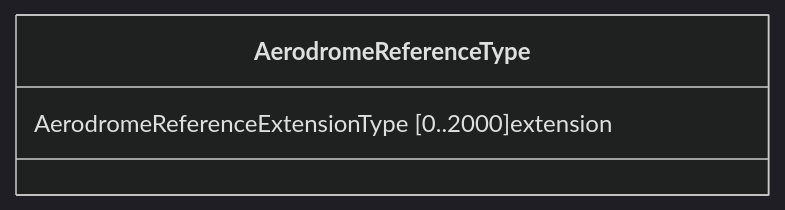
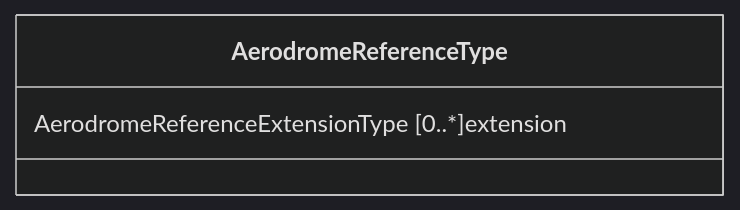
The third of 3 diagrams in docs/fixm/FIXM_UML_in_mermaid.md (du-lapin/test_docsify), drawn with Mermaid (dark theme) before and after one commit.

````diff
--- a/docs/fixm/FIXM_UML_in_mermaid.md
+++ b/docs/fixm/FIXM_UML_in_mermaid.md
@@ -24,5 +24,5 @@
 ```mermaid
 classDiagram
 class AerodromeReferenceType	
-AerodromeReferenceType : AerodromeReferenceExtensionType [0..2000]extension
+AerodromeReferenceType : AerodromeReferenceExtensionType [0..*]extension
 ```
````
